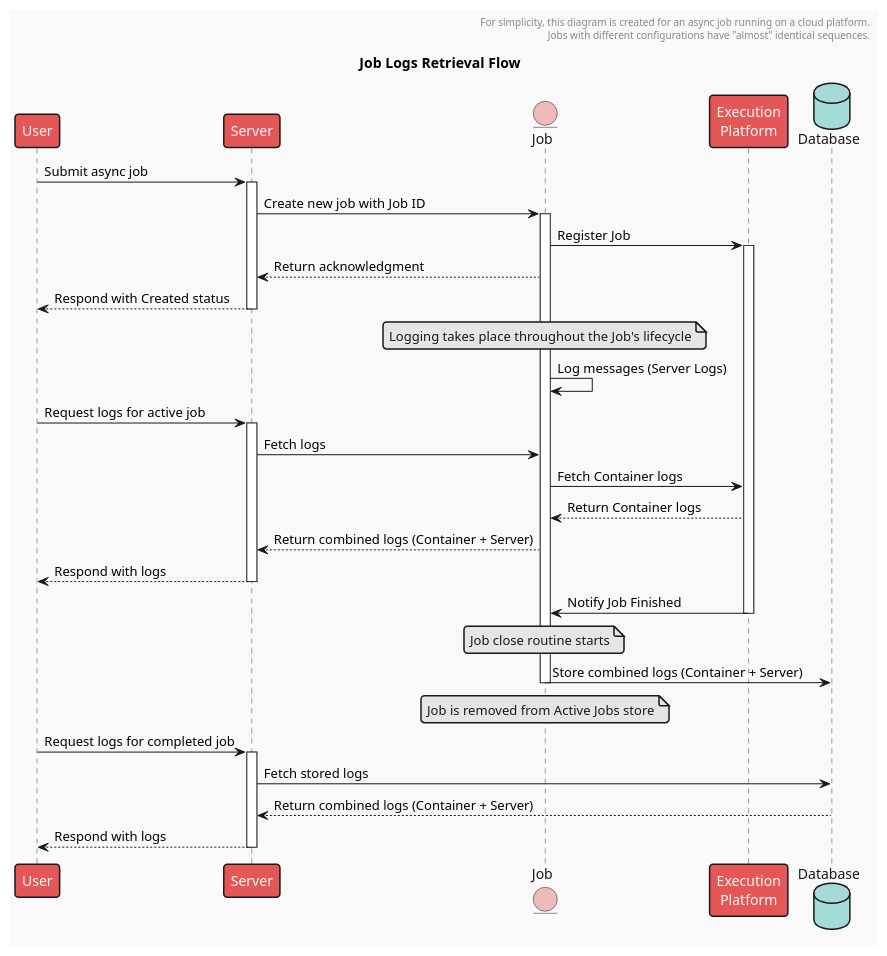
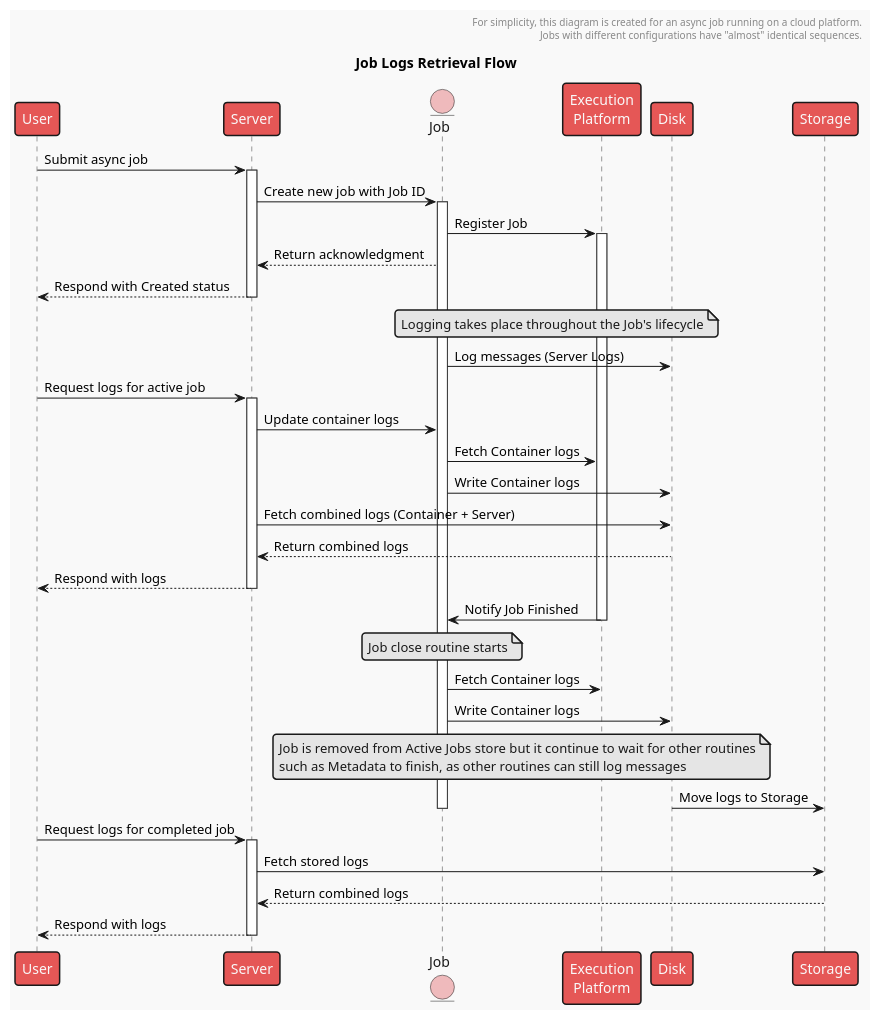
The diagram in imgs/umls/sequence-diagrams/logs.puml (Dewberry/process-api), drawn with PlantUML before and after one commit. The commit also changed 4 other files, not shown here.

Commit message:
Update UML diagrams

```diff
--- a/imgs/umls/sequence-diagrams/logs.puml
+++ b/imgs/umls/sequence-diagrams/logs.puml
@@ -1,56 +1,63 @@
 @startuml logging
 !theme mars
 
 title Job Logs Retrieval Flow
 header
     For simplicity, this diagram is created for an async job running on a cloud platform.
     Jobs with different configurations have "almost" identical sequences.
 end header
 
 participant User
 participant Server
 entity Job
 participant "Execution\nPlatform"
-database Database
+participant Disk
+participant Storage
+
 
 User -> Server: Submit async job
 activate Server
 
 Server -> Job: Create new job with Job ID
 activate Job
 Job -> "Execution\nPlatform": Register Job
 activate "Execution\nPlatform"
 
 Job --> Server: Return acknowledgment
 Server --> User: Respond with Created status
 deactivate Server
 
-note over Job: Logging takes place throughout the Job's lifecycle
-Job -> Job: Log messages (Server Logs)
+note over Job, Disk: Logging takes place throughout the Job's lifecycle
+Job -> Disk: Log messages (Server Logs)
 
 User -> Server: Request logs for active job
 activate Server
-Server -> Job: Fetch logs
+Server -> Job: Update container logs
 Job -> "Execution\nPlatform": Fetch Container logs
-"Execution\nPlatform" --> Job: Return Container logs
-Job --> Server: Return combined logs (Container + Server)
+Job -> Disk: Write Container logs
+Server -> Disk: Fetch combined logs (Container + Server)
+Disk --> Server: Return combined logs
 Server --> User: Respond with logs
 deactivate Server
 
 "Execution\nPlatform" -> Job: Notify Job Finished
 deactivate "Execution\nPlatform"
+
 note over Job: Job close routine starts
-Job -> Database: Store combined logs (Container + Server)
 
+Job -> "Execution\nPlatform": Fetch Container logs
+Job -> Disk: Write Container logs
+note over Job, "Execution\nPlatform": Job is removed from Active Jobs store but it continue to wait for other routines\nsuch as Metadata to finish, as other routines can still log messages
 
-note over Job: Job is removed from Active Jobs store
+Disk -> Storage: Move logs to Storage
+
 deactivate Job
 
 User -> Server: Request logs for completed job
 activate Server
-Server -> Database: Fetch stored logs
-Database --> Server: Return combined logs (Container + Server)
+Server -> Storage: Fetch stored logs
+Storage --> Server: Return combined logs
 Server --> User: Respond with logs
 deactivate Server
 
 @enduml
```
